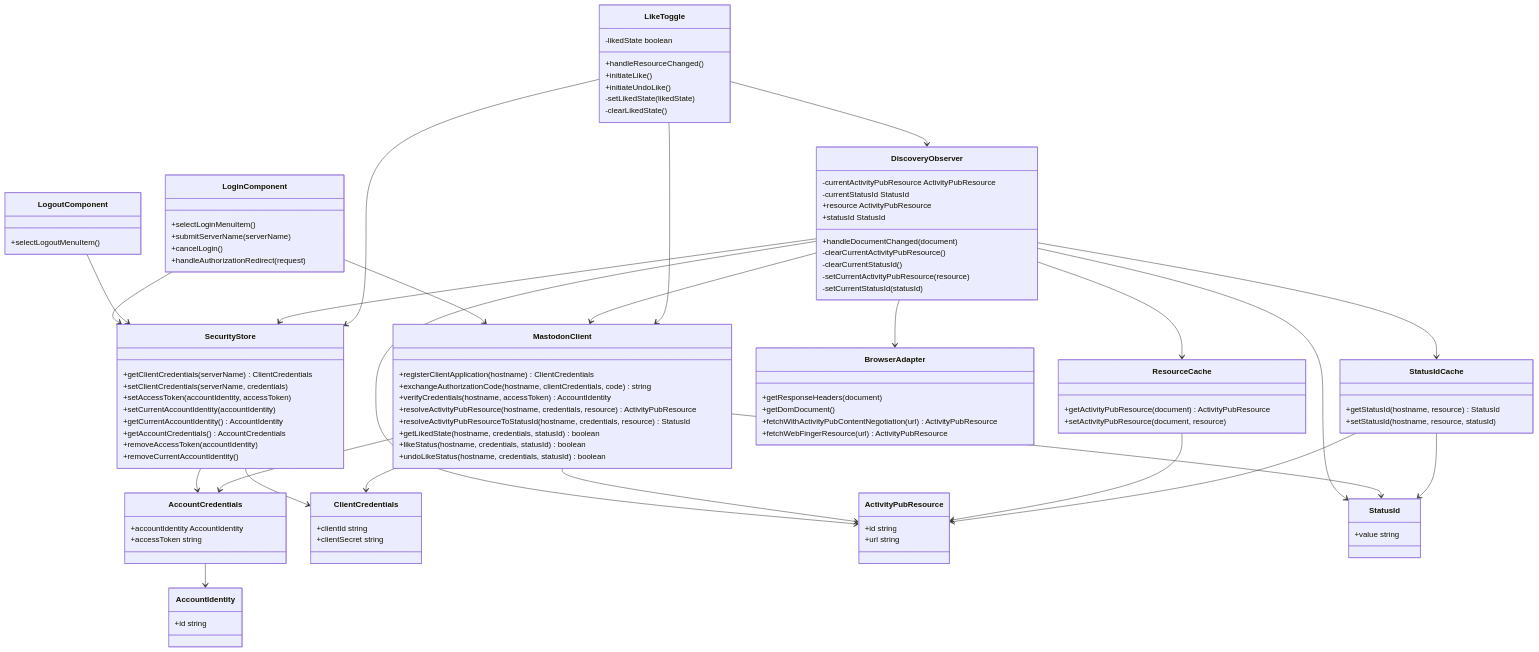
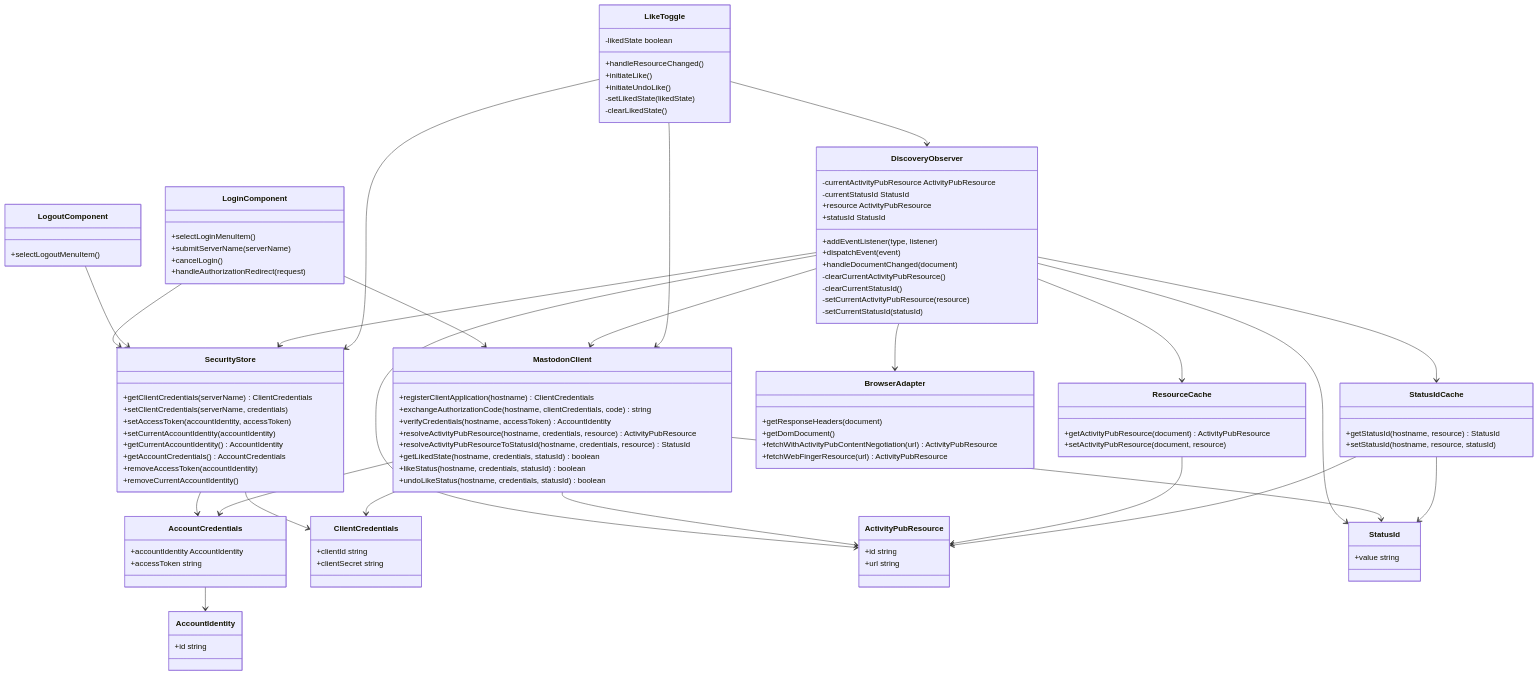
Before and after one commit to social-web-foundation/activitypub-browser-extension: the diagram in docs/architecture/logical.md, drawn with Mermaid. The commit also changed 3 other files, not shown here.

```diff
--- a/docs/architecture/logical.md
+++ b/docs/architecture/logical.md
@@ -16,6 +16,8 @@
     class DiscoveryObserver {
         -currentActivityPubResource ActivityPubResource
         -currentStatusId StatusId
+        +addEventListener(type, listener)
+        +dispatchEvent(event)
         +handleDocumentChanged(document)
         +resource ActivityPubResource
         +statusId StatusId
```
